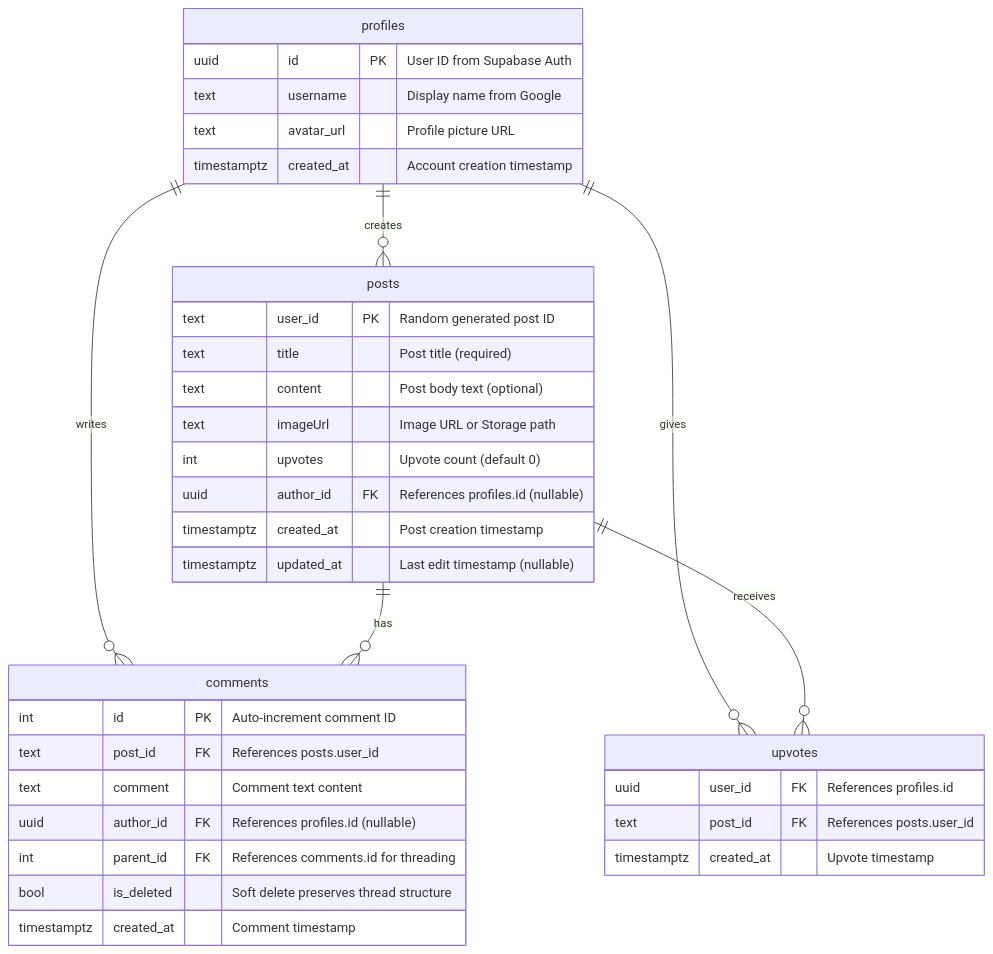
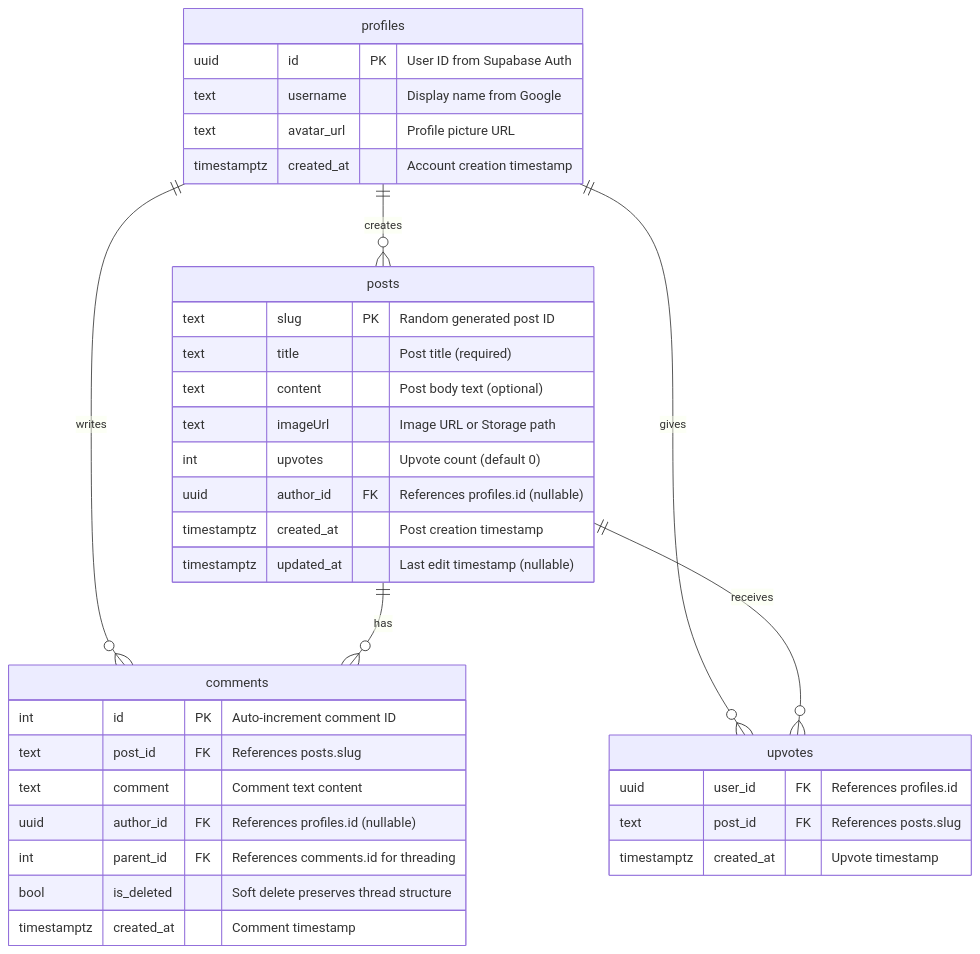
The fourth of 6 diagrams in README.md (hoangngo-sudo/purpleit), drawn with Mermaid before and after one commit. The commit also changed other lines of this file, not shown here.

````diff
--- a/README.md
+++ b/README.md
@@ -195,38 +214,38 @@
 ```mermaid
 erDiagram
     profiles ||--o{ posts : "creates"
     profiles ||--o{ comments : "writes"
     profiles ||--o{ upvotes : "gives"
     posts ||--o{ comments : "has"
     posts ||--o{ upvotes : "receives"
     profiles {
         uuid id PK "User ID from Supabase Auth"
         text username "Display name from Google"
         text avatar_url "Profile picture URL"
         timestamptz created_at "Account creation timestamp"
     }
     posts {
-        text user_id PK "Random generated post ID"
+        text slug PK "Random generated post ID"
         text title "Post title (required)"
         text content "Post body text (optional)"
         text imageUrl "Image URL or Storage path"
         int upvotes "Upvote count (default 0)"
         uuid author_id FK "References profiles.id (nullable)"
         timestamptz created_at "Post creation timestamp"
         timestamptz updated_at "Last edit timestamp (nullable)"
     }
     comments {
         int id PK "Auto-increment comment ID"
-        text post_id FK "References posts.user_id"
+        text post_id FK "References posts.slug"
         text comment "Comment text content"
         uuid author_id FK "References profiles.id (nullable)"
         int parent_id FK "References comments.id for threading"
         bool is_deleted "Soft delete preserves thread structure"
         timestamptz created_at "Comment timestamp"
     }
     upvotes {
         uuid user_id FK "References profiles.id"
-        text post_id FK "References posts.user_id"
+        text post_id FK "References posts.slug"
         timestamptz created_at "Upvote timestamp"
     }
 ```
````
